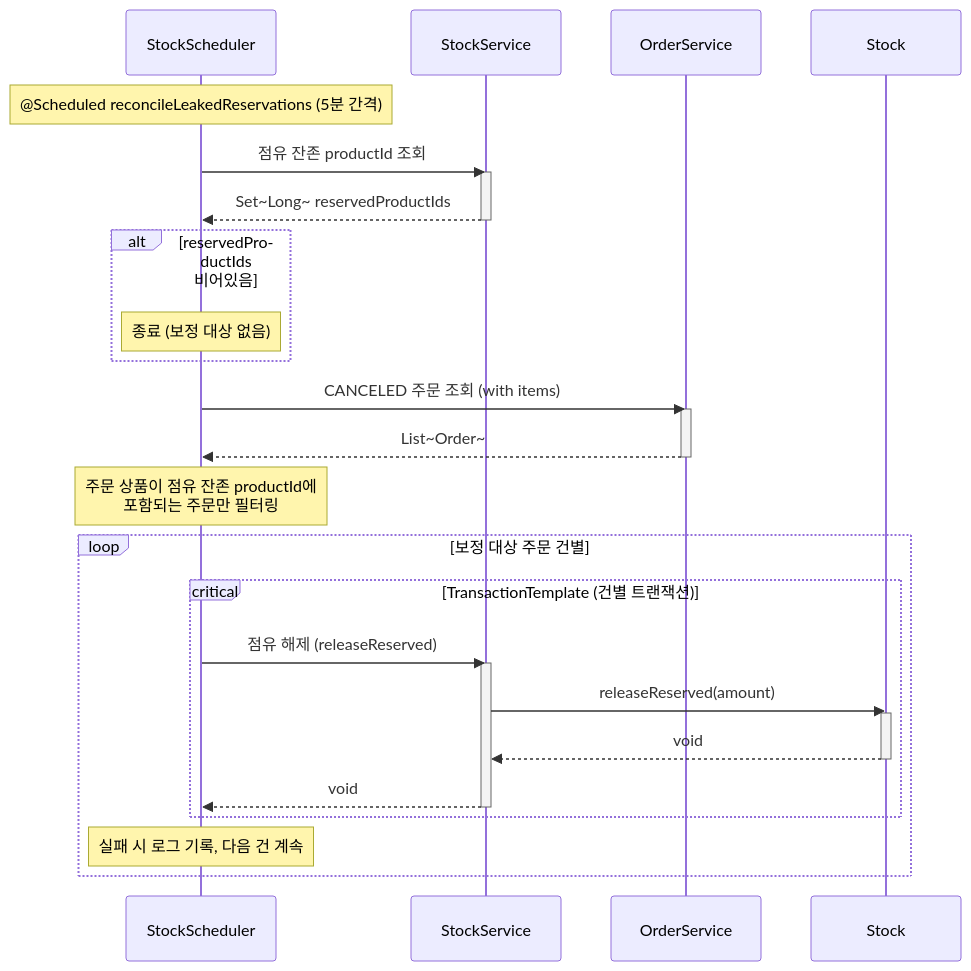
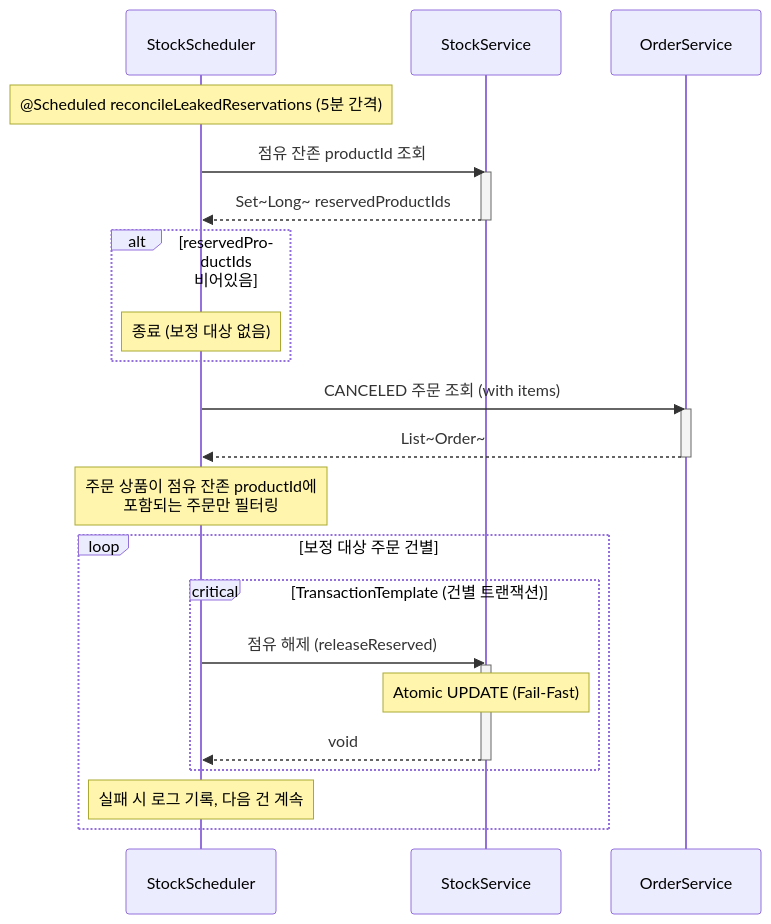
One commit to Loopers-dev-lab/loop-pack-be-l2-vol3-java changed the first of 2 diagrams in docs/design/stock/sequences/003-stock-reconciliation.md. Above: the diagram before and after it, drawn with Mermaid. The commit also changed other lines of this file and 12 other files, not shown here.

First line of the commit message:
refactor: Stock 동시성 제어를 비관적 락에서 Atomic UPDATE로 전환

````diff
--- a/docs/design/stock/sequences/003-stock-reconciliation.md
+++ b/docs/design/stock/sequences/003-stock-reconciliation.md
@@ -11,39 +11,35 @@
 ```mermaid
 sequenceDiagram
     participant Scheduler as StockScheduler
     participant SS as StockService
     participant OS as OrderService
-    participant Stock as Stock
 
     Note over Scheduler: @Scheduled reconcileLeakedReservations (5분 간격)
 
     Scheduler->>SS: 점유 잔존 productId 조회
     activate SS
     SS-->>Scheduler: Set~Long~ reservedProductIds
     deactivate SS
 
     alt reservedProductIds 비어있음
         Note over Scheduler: 종료 (보정 대상 없음)
     end
 
     Scheduler->>OS: CANCELED 주문 조회 (with items)
     activate OS
     OS-->>Scheduler: List~Order~
     deactivate OS
 
     Note over Scheduler: 주문 상품이 점유 잔존 productId에<br/>포함되는 주문만 필터링
 
     loop 보정 대상 주문 건별
         critical TransactionTemplate (건별 트랜잭션)
             Scheduler->>SS: 점유 해제 (releaseReserved)
             activate SS
-            SS->>Stock: releaseReserved(amount)
-            activate Stock
-            Stock-->>SS: void
-            deactivate Stock
+            Note over SS: Atomic UPDATE (Fail-Fast)
             SS-->>Scheduler: void
             deactivate SS
         end
         Note over Scheduler: 실패 시 로그 기록, 다음 건 계속
     end
 ```
````
